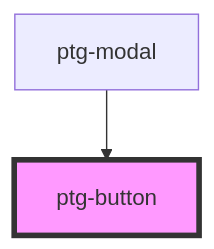
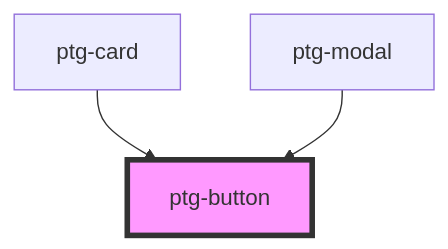
The diagram in libs/ptg-ui-web-components/src/components/ptg-button/readme.md (lokeshdaiya-yash/PTG-UI-Library), drawn with Mermaid before and after one commit. The commit also changed other lines of this file and 21 other files, not shown here.

````diff
--- a/libs/ptg-ui-web-components/src/components/ptg-button/readme.md
+++ b/libs/ptg-ui-web-components/src/components/ptg-button/readme.md
@@ -23,5 +24,6 @@
 ```mermaid
 graph TD;
+  ptg-card --> ptg-button
   ptg-modal --> ptg-button
   style ptg-button fill:#f9f,stroke:#333,stroke-width:4px
 ```
````
